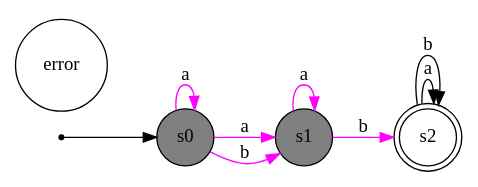
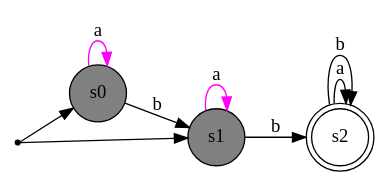
The diagram in dotfiles/arq_1.dot (lukaz-r/AFD-animator), drawn with Graphviz before and after one commit. The commit also changed 19 other files, not shown here.

```diff
--- a/dotfiles/arq_1.dot
+++ b/dotfiles/arq_1.dot
@@ -1,21 +1,20 @@
 digraph maquina_de_estados { 
 	rankdir=LR;
 	size="10"
 	node [shape = doublecircle];
 	s2
 	node [shape = point];
 	p
 	node [shape = circle];
-	error [style=filled, fillcolor=white];
 	p -> s0
+	p -> s1
 	node [shape = circle];
 	s0[style=filled, fillcolor=gray]
 	s1[style=filled, fillcolor=gray]
 	s0 -> s0[label = "a"][color=magenta];
-	s0 -> s1[label = "a"][color=magenta];
-	s0 -> s1[label = "b"][color=magenta];
+	s0 -> s1[label = "b"][color=black];
 	s1 -> s1[label = "a"][color=magenta];
-	s1 -> s2[label = "b"][color=magenta];
+	s1 -> s2[label = "b"][color=black];
 	s2 -> s2[label = "a"][color=black];
 	s2 -> s2[label = "b"][color=black];
 	}
```
